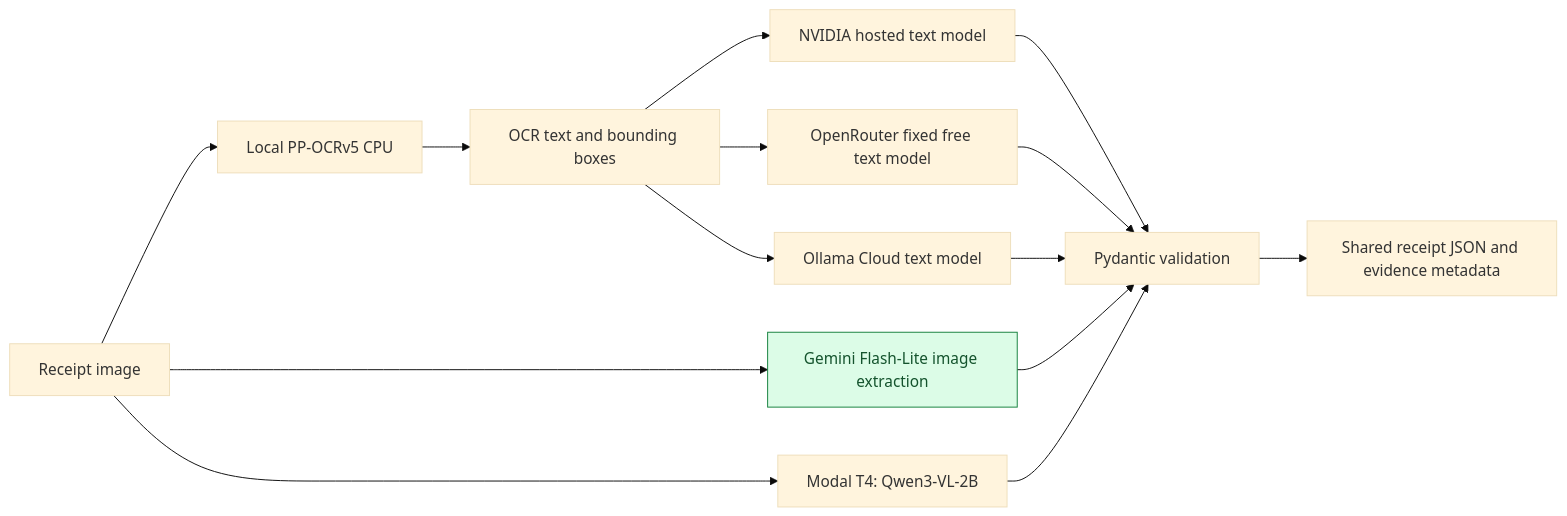
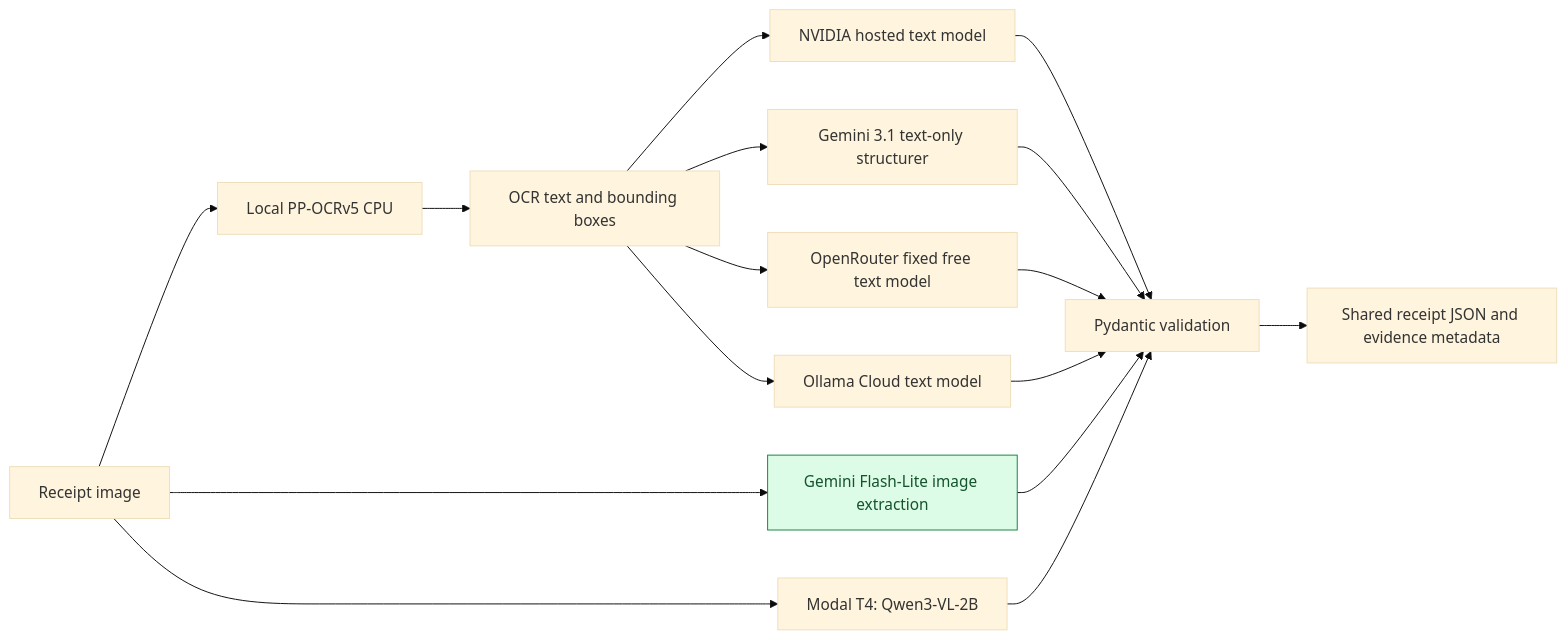
Before and after one commit to AnasAhmadd25/receipt-intelligence-poc: the first of 2 diagrams in README.md, drawn with Mermaid (base theme). The commit also changed other lines of this file and 122 other files, not shown here.

````diff
--- a/README.md
+++ b/README.md
@@ -32,18 +33,20 @@
 ```mermaid
 flowchart LR
     I[Receipt image] --> A[Local PP-OCRv5 CPU]
     A --> L[OCR text and bounding boxes]
     L --> N[NVIDIA hosted text model]
+    L --> T[Gemini 3.1 text-only structurer]
     L --> O[OpenRouter fixed free text model]
     L --> OL[Ollama Cloud text model]
     I --> G[Gemini Flash-Lite image extraction]
     I --> M[Modal T4: Qwen3-VL-2B]
     N --> V[Pydantic validation]
+    T --> V
     O --> V
     OL --> V
     G --> V
     M --> V
     V --> R[Shared receipt JSON and evidence metadata]
     classDef selected fill:#dcfce7,stroke:#15803d,color:#14532d;
     class G selected;
 ```
````
